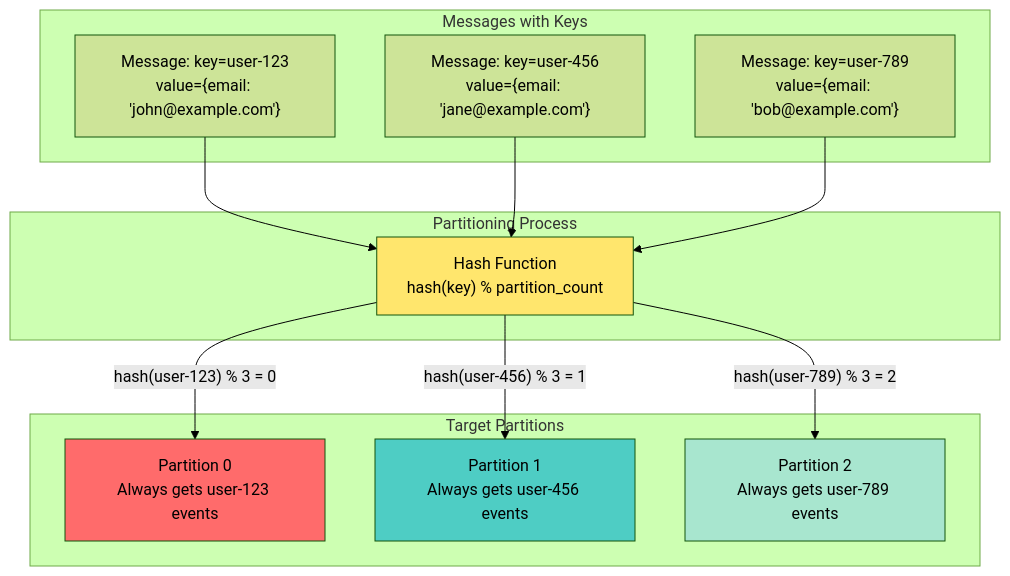
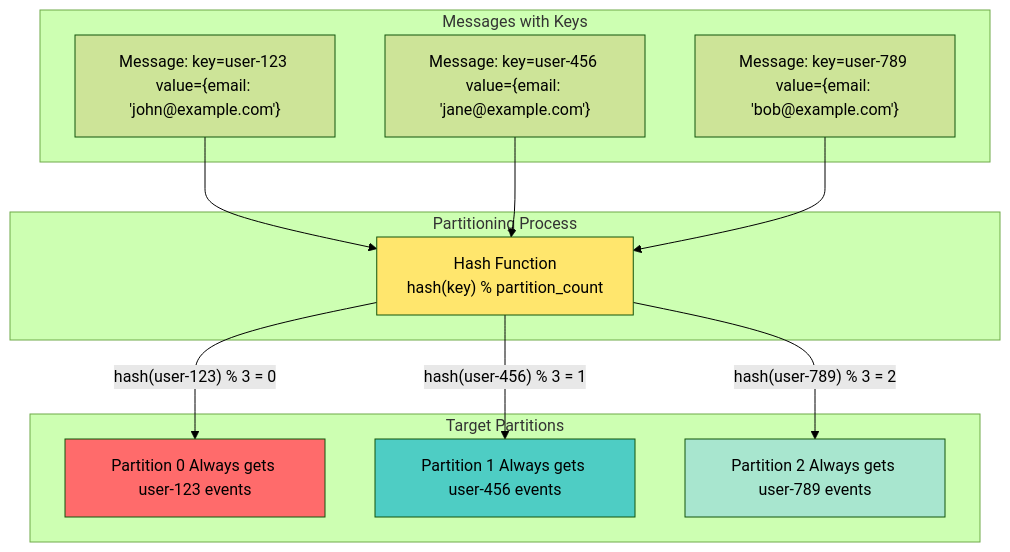
Before and after one commit to vorrawut/KafkaStarter: the second of 9 diagrams in class/modules/lesson_4/concept.md, drawn with Mermaid (forest theme).

````diff
--- a/class/modules/lesson_4/concept.md
+++ b/class/modules/lesson_4/concept.md
@@ -82,31 +82,31 @@
 ```mermaid
 flowchart TD
     subgraph "Messages with Keys"
-        M1["Message: key=user-123<br/>value={email: 'john@example.com'}"]
-        M2["Message: key=user-456<br/>value={email: 'jane@example.com'}"]
-        M3["Message: key=user-789<br/>value={email: 'bob@example.com'}"]
+        M1["Message: key=user-123 value={email: 'john@example.com'}"]
+        M2["Message: key=user-456 value={email: 'jane@example.com'}"]
+        M3["Message: key=user-789 value={email: 'bob@example.com'}"]
     end
     
     subgraph "Partitioning Process"
         HASH["Hash Function<br/>hash(key) % partition_count"]
     end
     
     subgraph "Target Partitions"
-        P0["Partition 0<br/>Always gets user-123 events"]
-        P1["Partition 1<br/>Always gets user-456 events"]
-        P2["Partition 2<br/>Always gets user-789 events"]
+        P0["Partition 0 Always gets user-123 events"]
+        P1["Partition 1 Always gets user-456 events"]
+        P2["Partition 2 Always gets user-789 events"]
     end
     
     M1 --> HASH
     M2 --> HASH
     M3 --> HASH
     
     HASH -->|"hash(user-123) % 3 = 0"| P0
     HASH -->|"hash(user-456) % 3 = 1"| P1
     HASH -->|"hash(user-789) % 3 = 2"| P2
     
     style HASH fill:#ffe66d
     style P0 fill:#ff6b6b
     style P1 fill:#4ecdc4
     style P2 fill:#a8e6cf
 ```
````
